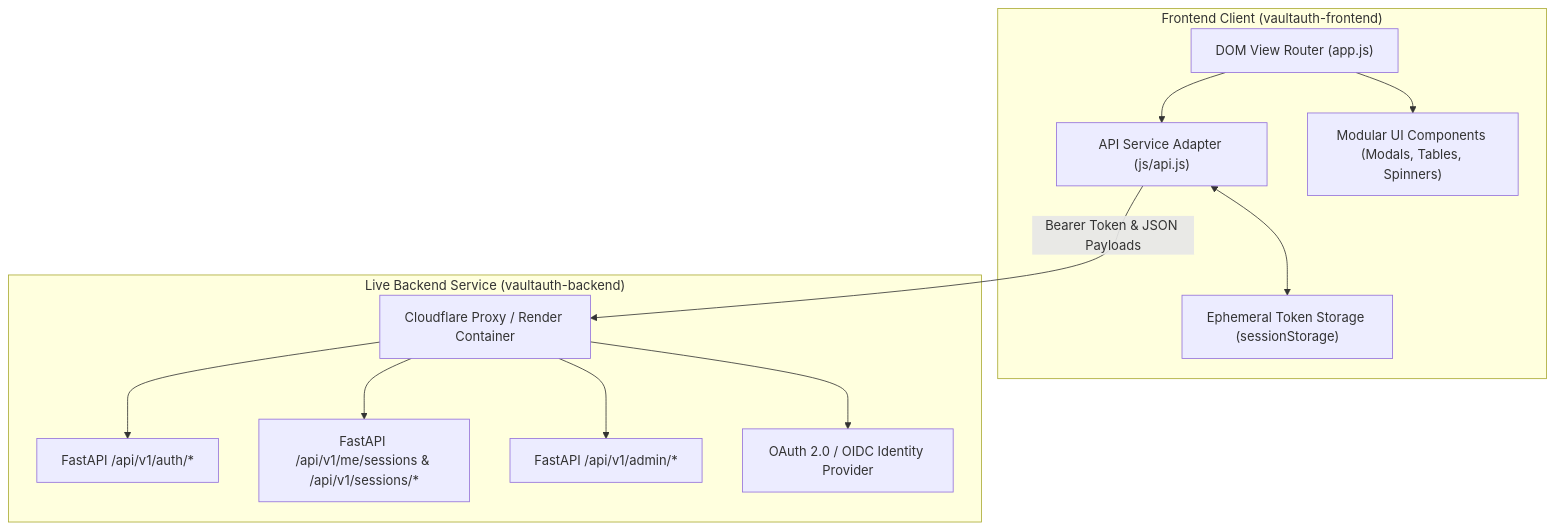
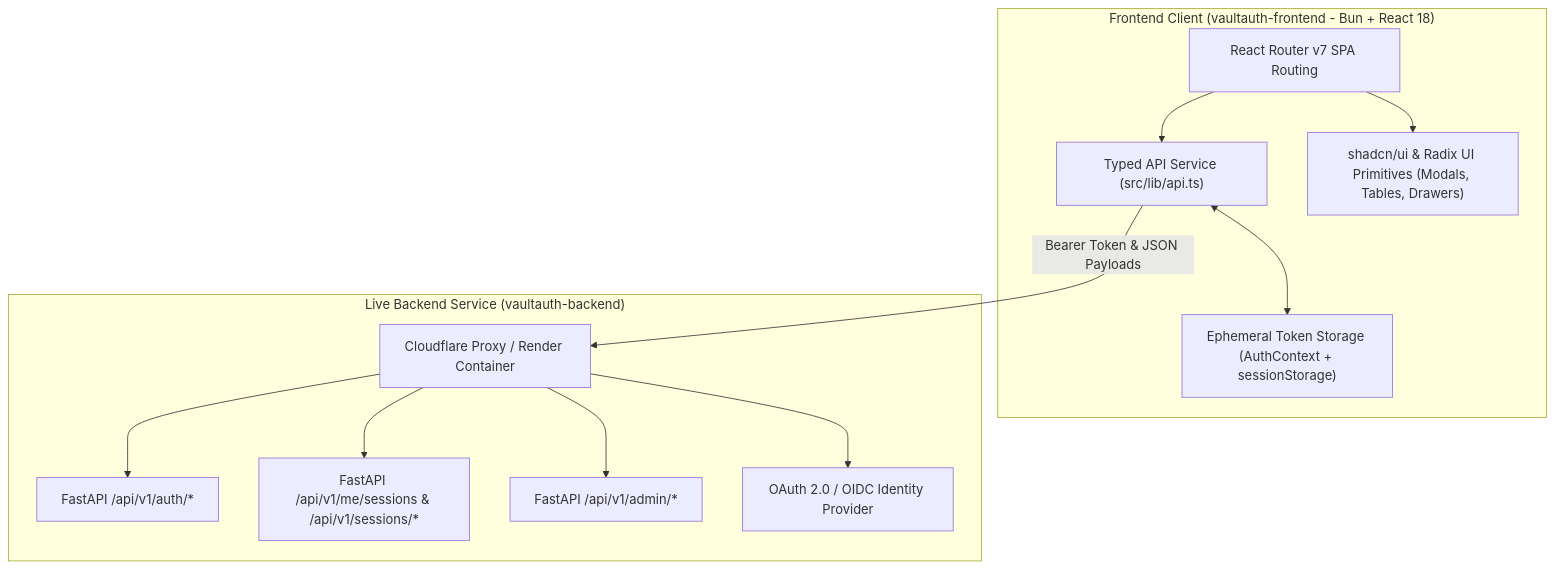
The first of 2 diagrams in docs/FRONTEND_PLANNER.md (ABhardwaj28/vaultauth-frontend), drawn with Mermaid before and after one commit. The commit also changed other lines of this file and 2 other files, not shown here.

Commit message:
fix: refine vite config ESM path aliases, update Cloudflare Amber HSL tokens, and sync frontend planner

````diff
--- a/docs/FRONTEND_PLANNER.md
+++ b/docs/FRONTEND_PLANNER.md
@@ -12,26 +12,26 @@
 ```mermaid
 flowchart TD
-    subgraph Client["Frontend Client (vaultauth-frontend)"]
-        UI["DOM View Router (app.js)"]
-        API_LAYER["API Service Adapter (js/api.js)"]
-        SESSION_STORE["Ephemeral Token Storage (sessionStorage)"]
-        COMPONENTS["Modular UI Components (Modals, Tables, Spinners)"]
+    subgraph Client["Frontend Client (vaultauth-frontend - Bun + React 18)"]
+        UI["React Router v7 SPA Routing"]
+        API_LAYER["Typed API Service (src/lib/api.ts)"]
+        SESSION_STORE["Ephemeral Token Storage (AuthContext + sessionStorage)"]
+        COMPONENTS["shadcn/ui & Radix UI Primitives (Modals, Tables, Drawers)"]
     end
 
     subgraph Backend["Live Backend Service (vaultauth-backend)"]
         GATEWAY["Cloudflare Proxy / Render Container"]
         CORE_API["FastAPI /api/v1/auth/*"]
         SESSION_API["FastAPI /api/v1/me/sessions & /api/v1/sessions/*"]
         ADMIN_API["FastAPI /api/v1/admin/*"]
         OIDC_ENGINE["OAuth 2.0 / OIDC Identity Provider"]
     end
 
     UI --> API_LAYER
     API_LAYER -->|Bearer Token & JSON Payloads| GATEWAY
     GATEWAY --> CORE_API
     GATEWAY --> SESSION_API
     GATEWAY --> ADMIN_API
     GATEWAY --> OIDC_ENGINE
     API_LAYER <--> SESSION_STORE
     UI --> COMPONENTS
 ```
````
